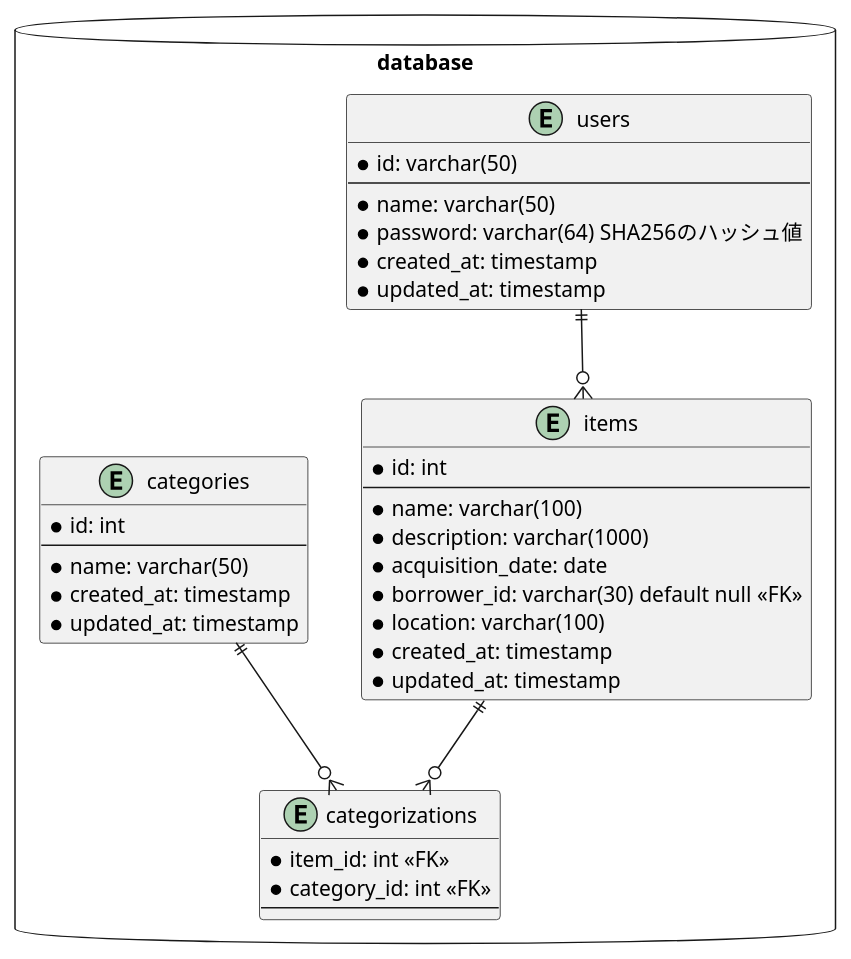
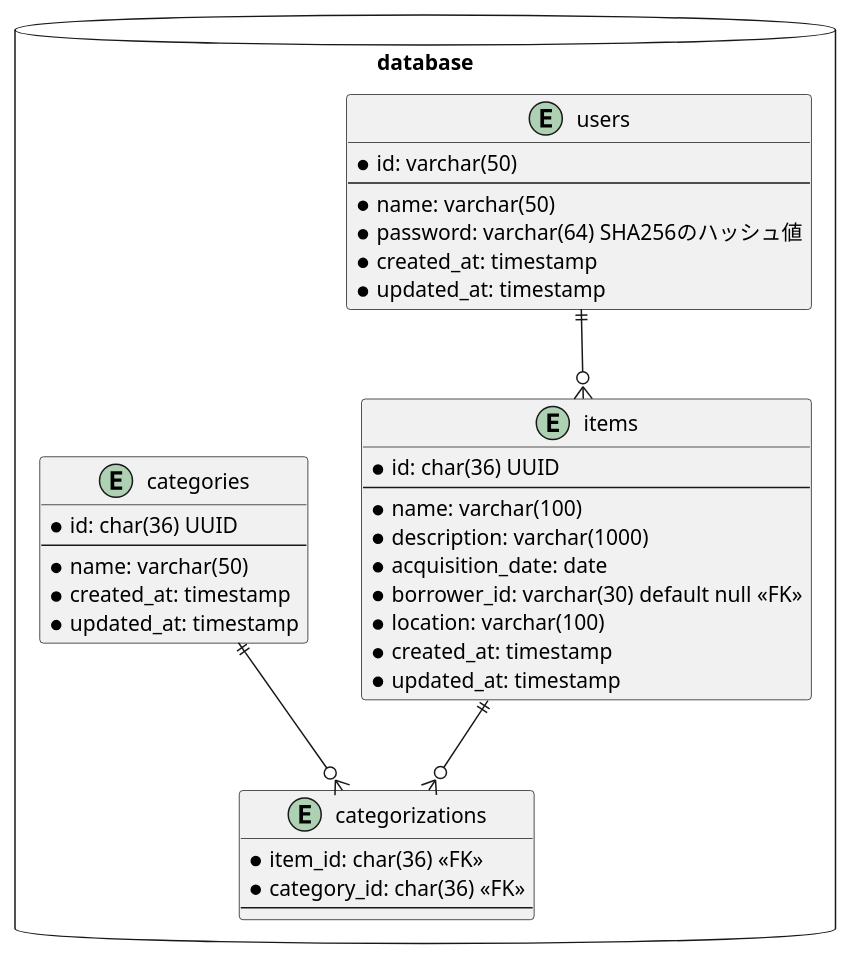
The diagram in docs/erd/erd.puml (kyosu-1/gms), drawn with PlantUML before and after one commit. The commit also changed 2 other files, not shown here.

```diff
--- a/docs/erd/erd.puml
+++ b/docs/erd/erd.puml
@@ -1,45 +1,45 @@
 @startuml タスク管理アプリ
 
 package database <<Database>> {
     entity "users" as users {
         * id: varchar(50)
         --
         * name: varchar(50)
         * password: varchar(64) SHA256のハッシュ値
         * created_at: timestamp
         * updated_at: timestamp
     }
 
     entity "categories" as categories {
-        * id: int
+        * id: char(36) UUID
         --
         * name: varchar(50)
         * created_at: timestamp
         * updated_at: timestamp
     }
 
     entity "items" as items {
-        * id: int
+        * id: char(36) UUID
         --
         * name: varchar(100)
         * description: varchar(1000)
         * acquisition_date: date
         * borrower_id: varchar(30) default null <<FK>>
         * location: varchar(100)
         * created_at: timestamp
         * updated_at: timestamp
     }
 
     entity "categorizations" as categorizations {
-        * item_id: int <<FK>>
-        * category_id: int <<FK>>
+        * item_id: char(36) <<FK>>
+        * category_id: char(36) <<FK>>
         --
     }
 }
 
 ' relationships
 categories ||--o{ categorizations
 items ||--o{ categorizations
 users ||--o{ items
 
 @enduml
```
